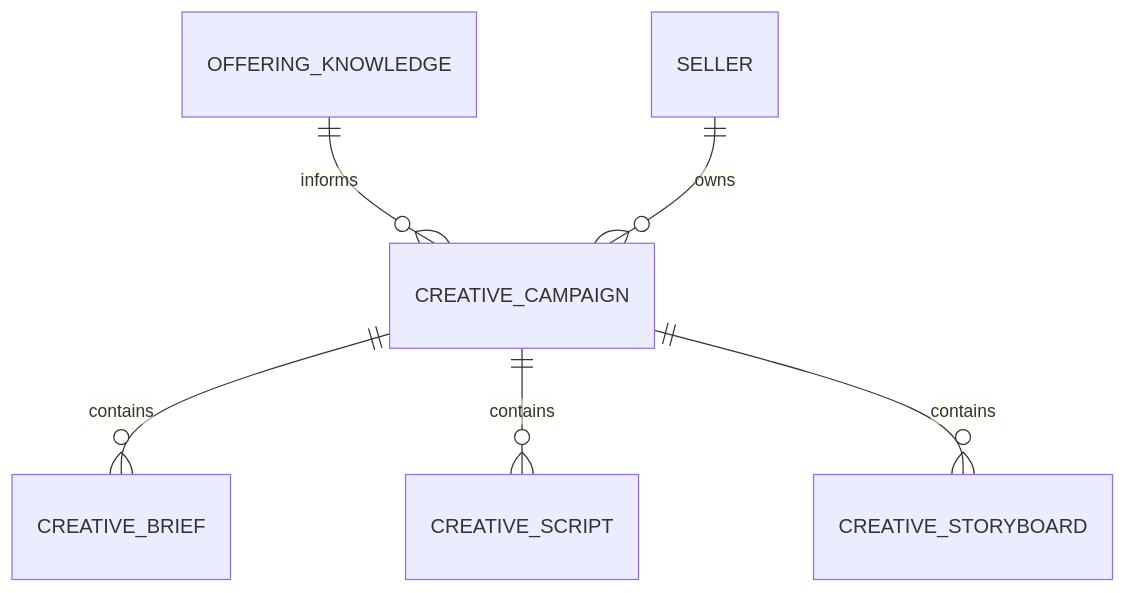
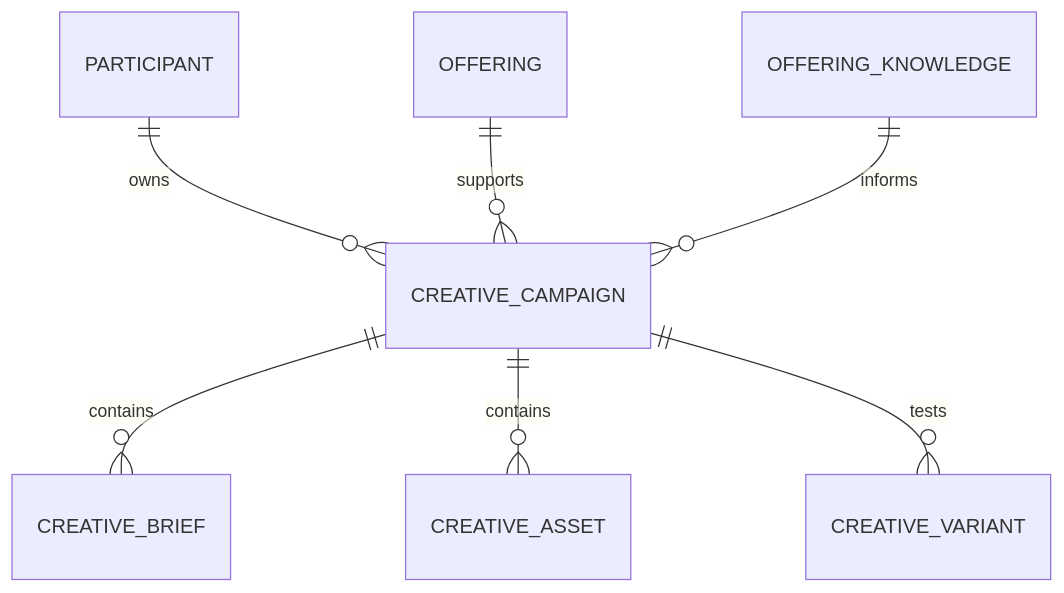
The second of 3 diagrams in docs/05-creative-studio.md (petkao/pinkcurve-blueprint), drawn with Mermaid before and after one commit. The commit also changed other lines of this file and 27 other files, not shown here.

Commit message:
Update PinkCurve blueprint and complete Chapter 11 data architecture audit

````diff
--- a/docs/05-creative-studio.md
+++ b/docs/05-creative-studio.md
@@ -118,8 +563,9 @@
 ```mermaid
 erDiagram
+    PARTICIPANT ||--o{ CREATIVE_CAMPAIGN : owns
+    OFFERING ||--o{ CREATIVE_CAMPAIGN : supports
+    OFFERING_KNOWLEDGE ||--o{ CREATIVE_CAMPAIGN : informs
     CREATIVE_CAMPAIGN ||--o{ CREATIVE_BRIEF : contains
-    CREATIVE_CAMPAIGN ||--o{ CREATIVE_SCRIPT : contains
-    CREATIVE_CAMPAIGN ||--o{ CREATIVE_STORYBOARD : contains
-    OFFERING_KNOWLEDGE ||--o{ CREATIVE_CAMPAIGN : informs
-    SELLER ||--o{ CREATIVE_CAMPAIGN : owns
+    CREATIVE_CAMPAIGN ||--o{ CREATIVE_ASSET : contains
+    CREATIVE_CAMPAIGN ||--o{ CREATIVE_VARIANT : tests
 ```
````
